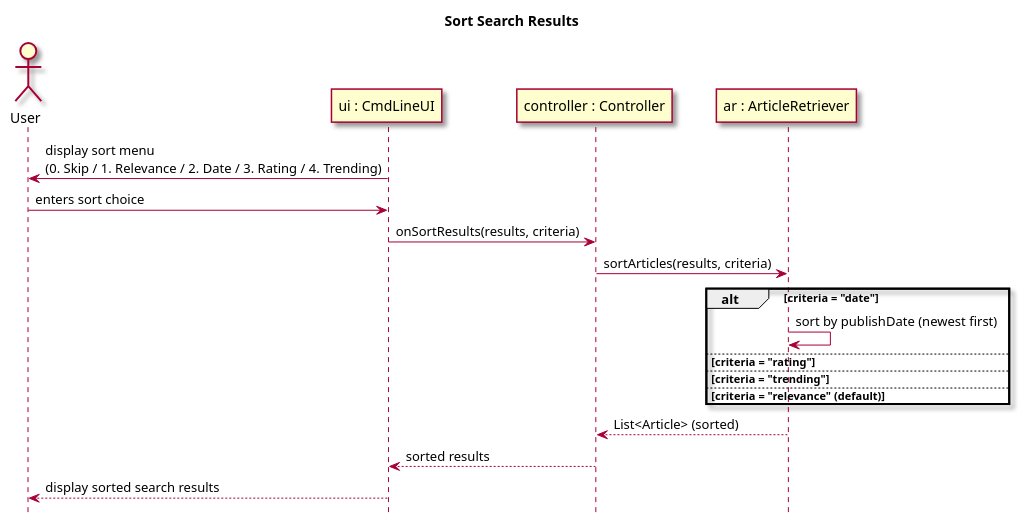
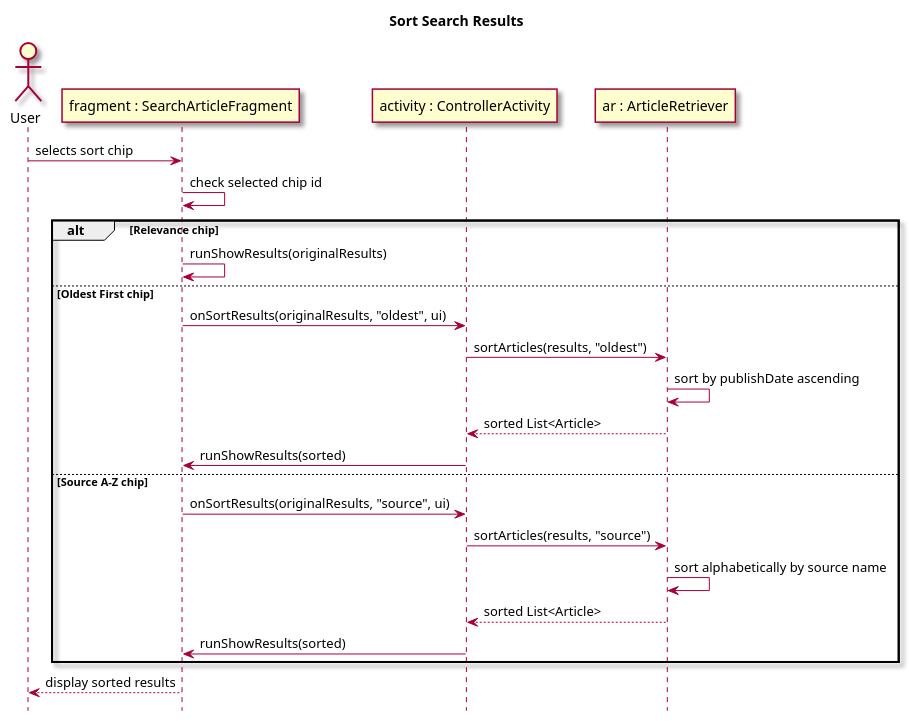
One commit to owhitleym-ui/EcoScoop changed the fifth of 6 diagrams in intellij/doc/use-cases/search-article.md. Above: the diagram before and after it, drawn with PlantUML. The commit also changed other lines of this file and 12 other files, not shown here.

Commit message:
Updated documentation, class diagram, use cases, and readme

````diff
--- a/intellij/doc/use-cases/search-article.md
+++ b/intellij/doc/use-cases/search-article.md
@@ -179,33 +154,34 @@
 ```plantuml
 @startuml
 skin rose
 hide footbox
 title Sort Search Results
 
 actor User as user
-participant "ui : CmdLineUI" as UI
-participant "controller : Controller" as controller
+participant "fragment : SearchArticleFragment" as UI
+participant "activity : ControllerActivity" as controller
 participant "ar : ArticleRetriever" as AR
 
+user -> UI : selects sort chip
+UI -> UI : check selected chip id
 
-UI -> user : display sort menu\n(0. Skip / 1. Relevance / 2. Date / 3. Rating / 4. Trending)
-user -> UI : enters sort choice
-UI -> controller : onSortResults(results, criteria)
-controller -> AR : sortArticles(results, criteria)
-
-alt criteria = "date"
-  AR -> AR : sort by publishDate (newest first)
-else criteria = "rating"
-  note right : Not yet implemented
-else criteria = "trending"
-  note right : Not yet implemented
-else criteria = "relevance" (default)
-  note right : Not yet implemented
+alt Relevance chip
+  UI -> UI : runShowResults(originalResults)
+else Oldest First chip
+  UI -> controller : onSortResults(originalResults, "oldest", ui)
+  controller -> AR : sortArticles(results, "oldest")
+  AR -> AR : sort by publishDate ascending
+  AR --> controller : sorted List<Article>
+  controller -> UI : runShowResults(sorted)
+else Source A-Z chip
+  UI -> controller : onSortResults(originalResults, "source", ui)
+  controller -> AR : sortArticles(results, "source")
+  AR -> AR : sort alphabetically by source name
+  AR --> controller : sorted List<Article>
+  controller -> UI : runShowResults(sorted)
 end
 
-AR --> controller : List<Article> (sorted)
-controller --> UI : sorted results
-UI --> user : display sorted search results
+UI --> user : display sorted results
 
 @enduml
 ```
````
